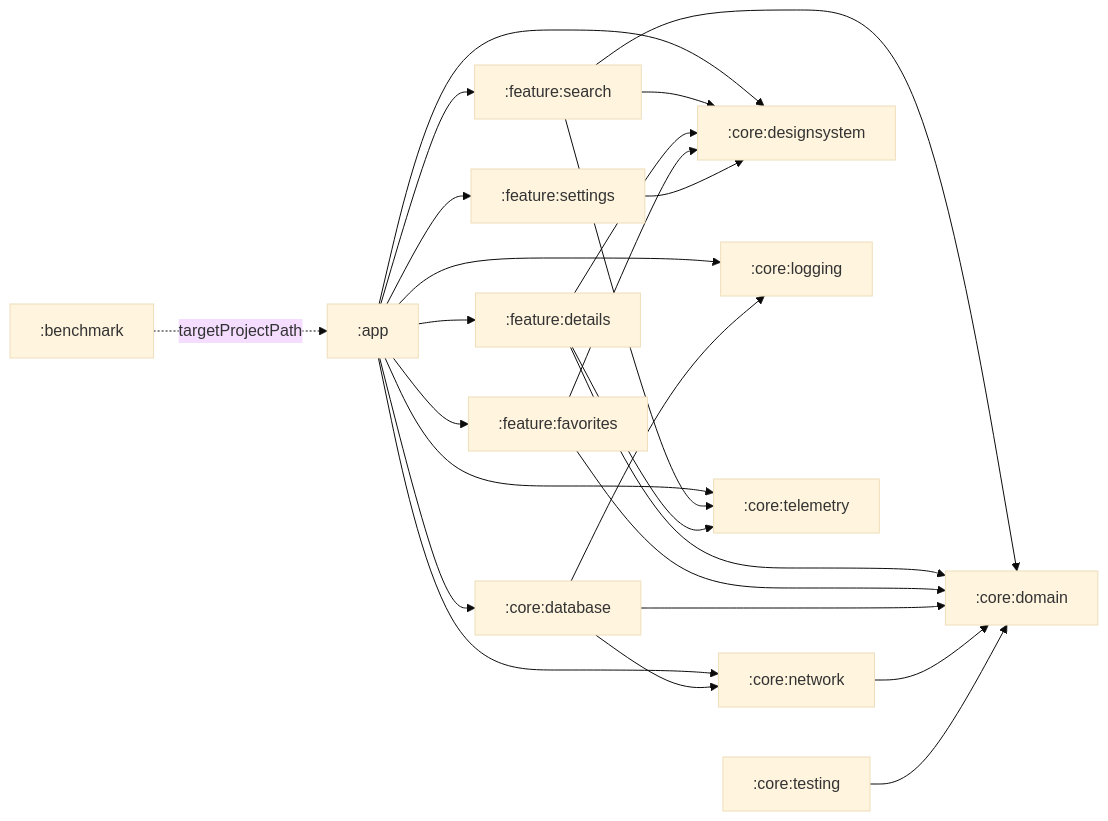
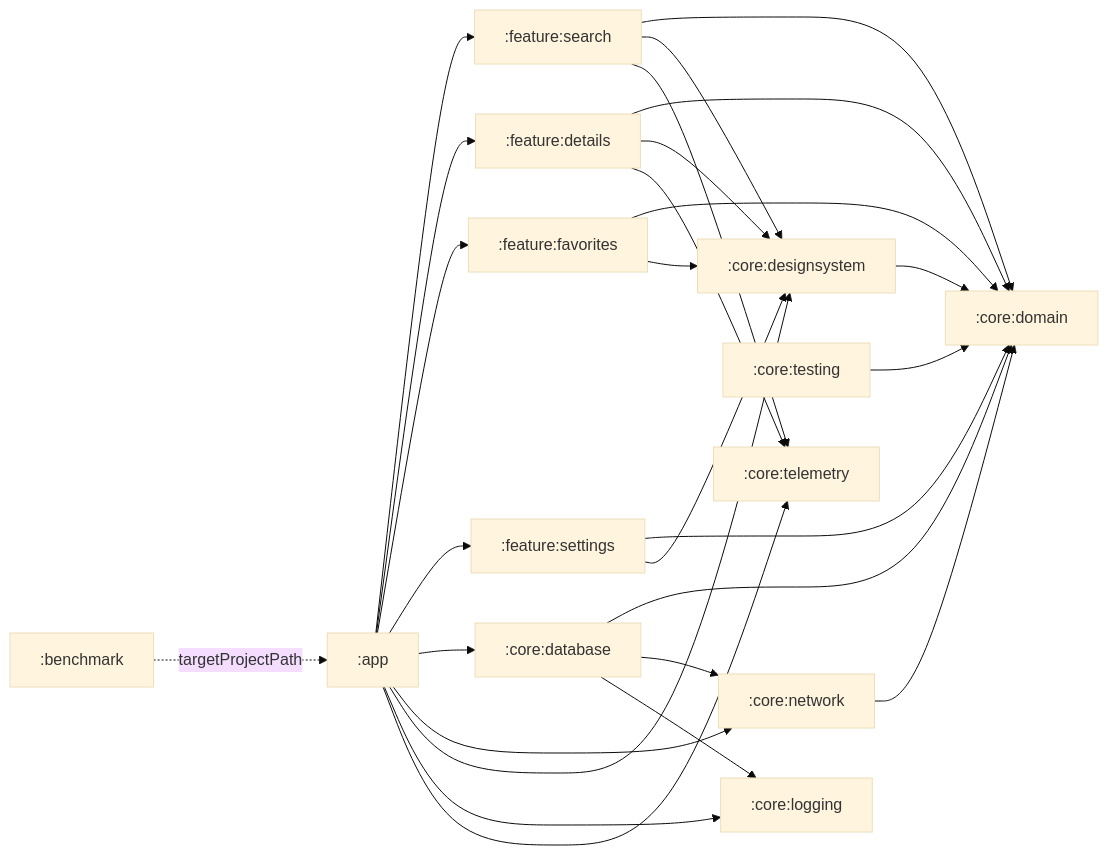
Before and after one commit to oudaykhaled/spoonacular: the first of 2 diagrams in ARCHITECTURE.md, drawn with Mermaid (base theme). The commit also changed other lines of this file and 46 other files, not shown here.

````diff
--- a/ARCHITECTURE.md
+++ b/ARCHITECTURE.md
@@ -9,44 +9,47 @@
 ```mermaid
 flowchart LR
     app[":app"]
     search[":feature:search"]
     details[":feature:details"]
     favorites[":feature:favorites"]
     settings[":feature:settings"]
     domain[":core:domain"]
     database[":core:database"]
     network[":core:network"]
     designsystem[":core:designsystem"]
     logging[":core:logging"]
     telemetry[":core:telemetry"]
     testing[":core:testing"]
     benchmark[":benchmark"]
 
     app --> search
     app --> details
     app --> favorites
     app --> settings
     app --> database
     app --> network
     app --> designsystem
     app --> logging
     app --> telemetry
 
     search --> domain
     search --> designsystem
     search --> telemetry
     details --> domain
     details --> designsystem
     details --> telemetry
     favorites --> domain
     favorites --> designsystem
+    settings --> domain
     settings --> designsystem
+
+    designsystem --> domain
 
     database --> domain
     database --> network
     database --> logging
     network --> domain
 
     testing --> domain
     benchmark -. targetProjectPath .-> app
 ```
````
